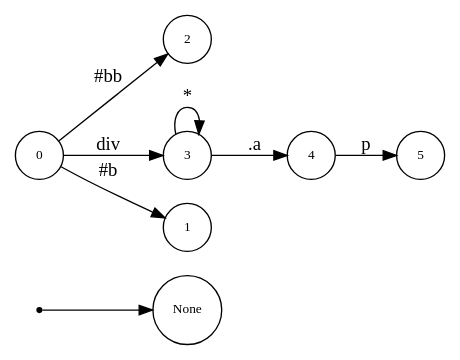
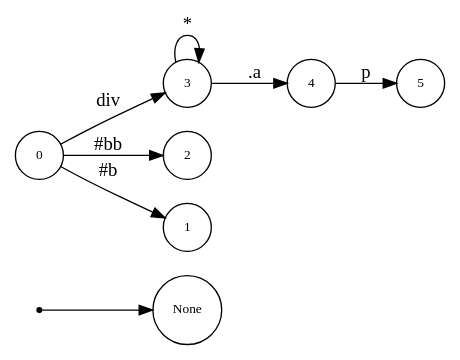
One commit to asukaminato0721/css-bitvector-compiler changed the diagram in css-gen-op/testcase/dot_tri.dot. Above: the diagram before and after it, drawn with Graphviz. The commit also changed other lines of this file and 20 other files, not shown here.

```diff
--- a/css-gen-op/testcase/dot_tri.dot
+++ b/css-gen-op/testcase/dot_tri.dot
@@ -1,19 +1,19 @@
 digraph NFA {
   rankdir=LR;
   node [shape=circle, fontsize=10];
   __start [shape=point, label=""];
   __start -> None;
-  2 [label="2"];
-  3 [label="3"];
   4 [label="4"];
   5 [label="5"];
+  3 [label="3"];
+  0 [label="0"];
+  2 [label="2"];
   1 [label="1"];
-  0 [label="0"];
   { node [shape=doublecircle]; 1 2 5 }
   0 -> 1 [label="#b"];
   0 -> 2 [label="#bb"];
   0 -> 3 [label="div"];
   3 -> 3 [label="*"];
   3 -> 4 [label=".a"];
   4 -> 5 [label="p"];
 }
```
